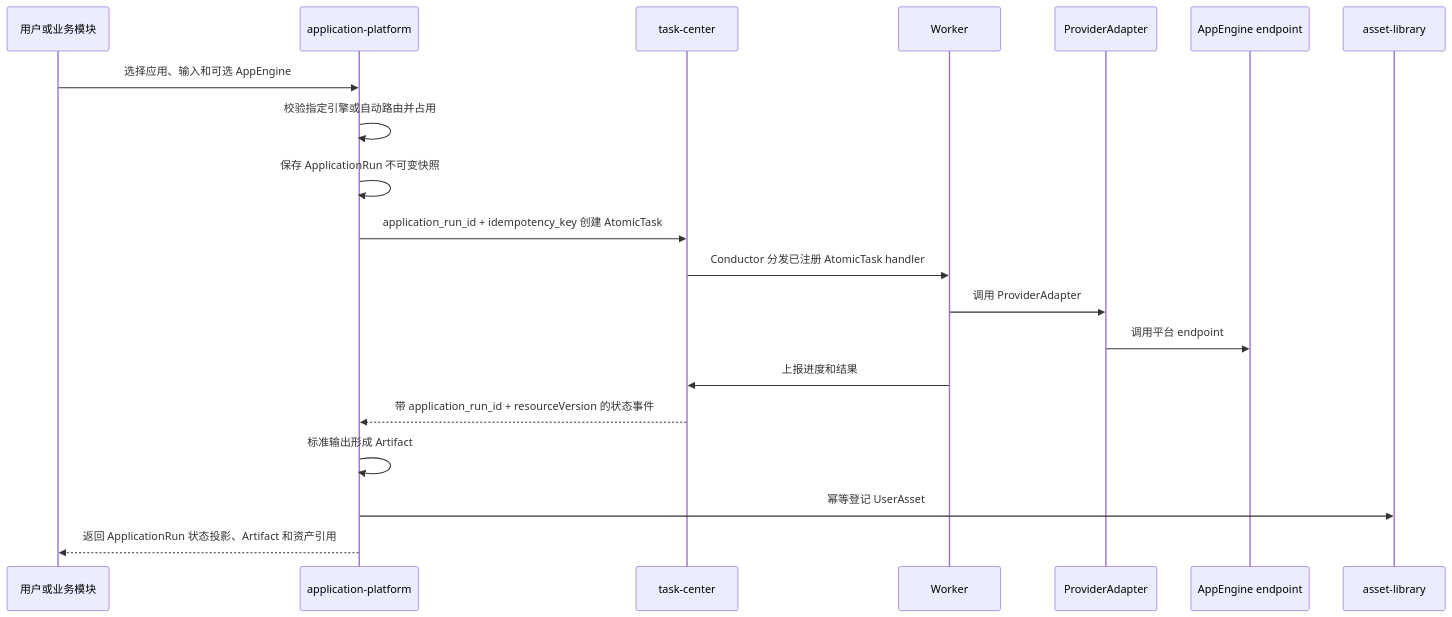
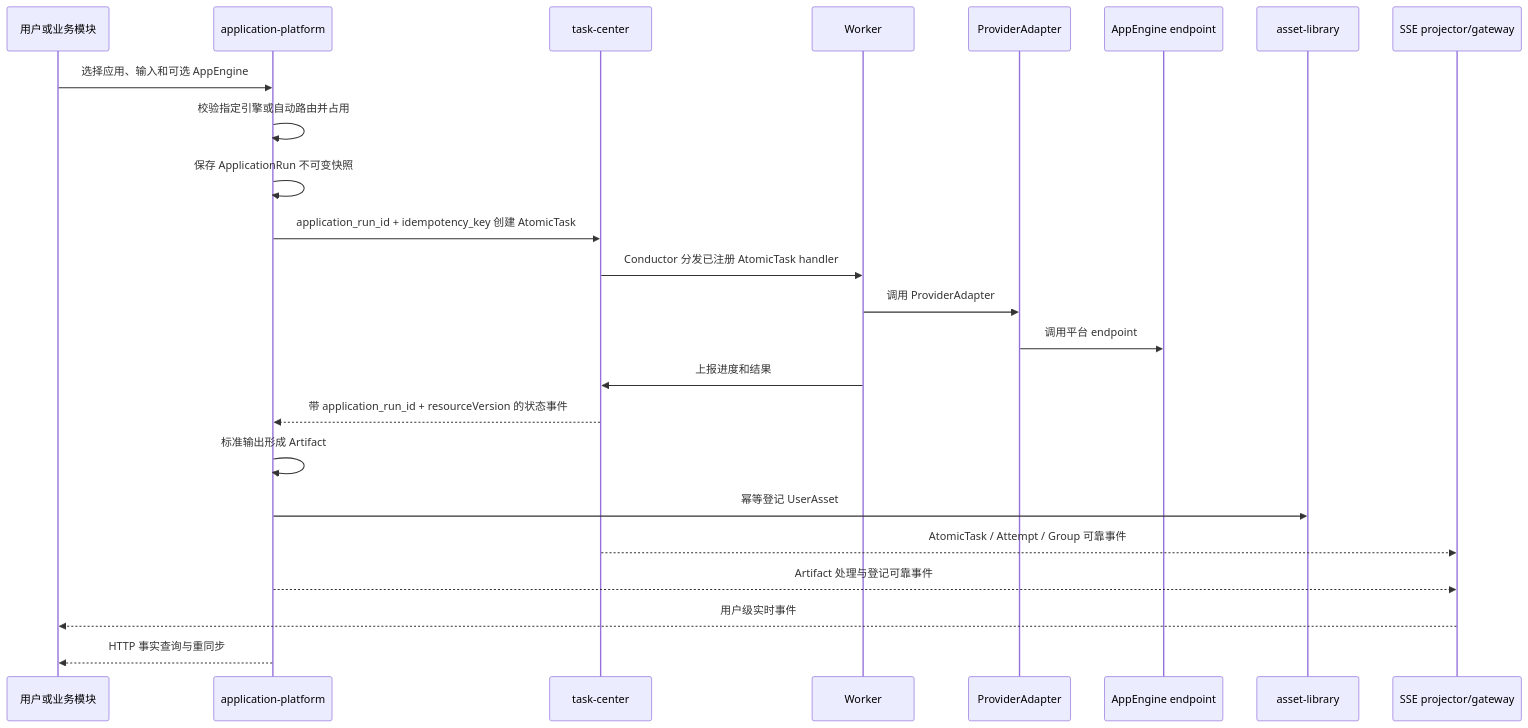
The third of 3 diagrams in 02_architecture/global-architecture.md (wangweihong/omnimam-spec), drawn with Mermaid before and after one commit. The commit also changed other lines of this file and 24 other files, not shown here.

````diff
--- a/02_architecture/global-architecture.md
+++ b/02_architecture/global-architecture.md
@@ -81,23 +88,27 @@
 ```mermaid
 sequenceDiagram
   participant User as 用户或业务模块
   participant App as application-platform
   participant Task as task-center
   participant Worker as Worker
   participant Adapter as ProviderAdapter
   participant Engine as AppEngine endpoint
   participant Asset as asset-library
+  participant SSE as SSE projector/gateway
 
   User->>App: 选择应用、输入和可选 AppEngine
   App->>App: 校验指定引擎或自动路由并占用
   App->>App: 保存 ApplicationRun 不可变快照
   App->>Task: application_run_id + idempotency_key 创建 AtomicTask
   Task->>Worker: Conductor 分发已注册 AtomicTask handler
   Worker->>Adapter: 调用 ProviderAdapter
   Adapter->>Engine: 调用平台 endpoint
   Worker->>Task: 上报进度和结果
   Task-->>App: 带 application_run_id + resourceVersion 的状态事件
   App->>App: 标准输出形成 Artifact
   App->>Asset: 幂等登记 UserAsset
-  App-->>User: 返回 ApplicationRun 状态投影、Artifact 和资产引用
+  Task-->>SSE: AtomicTask / Attempt / Group 可靠事件
+  App-->>SSE: Artifact 处理与登记可靠事件
+  SSE-->>User: 用户级实时事件
+  App-->>User: HTTP 事实查询与重同步
 ```
````
